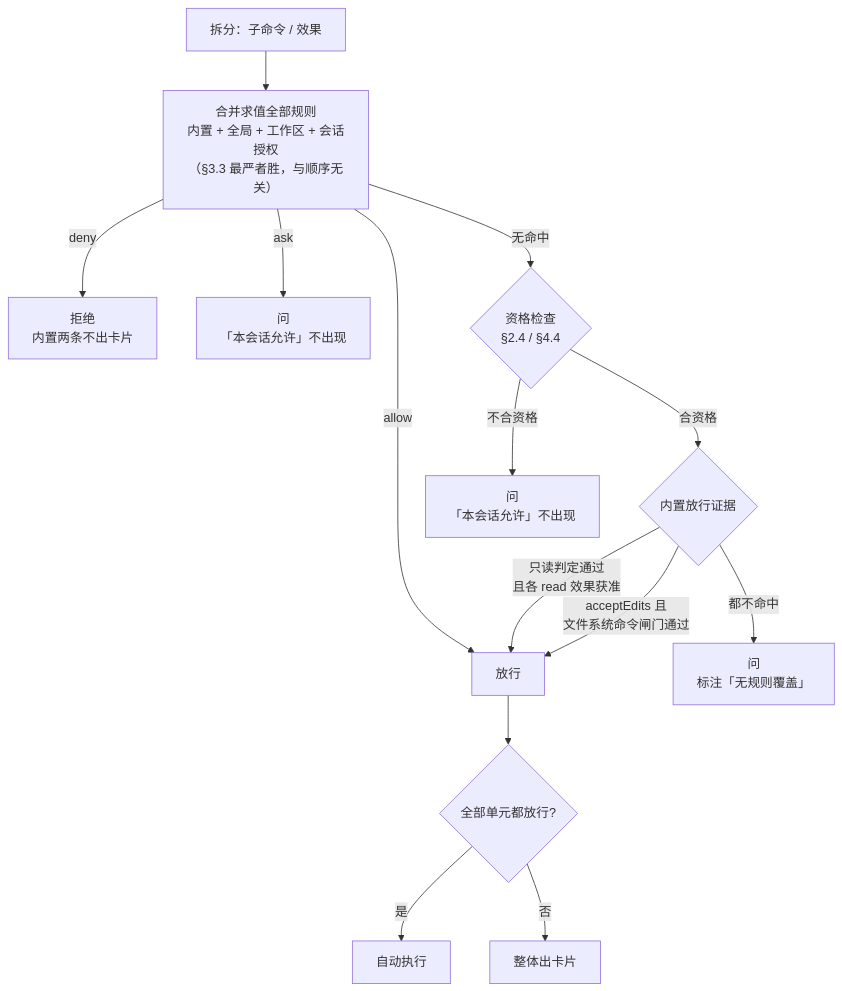
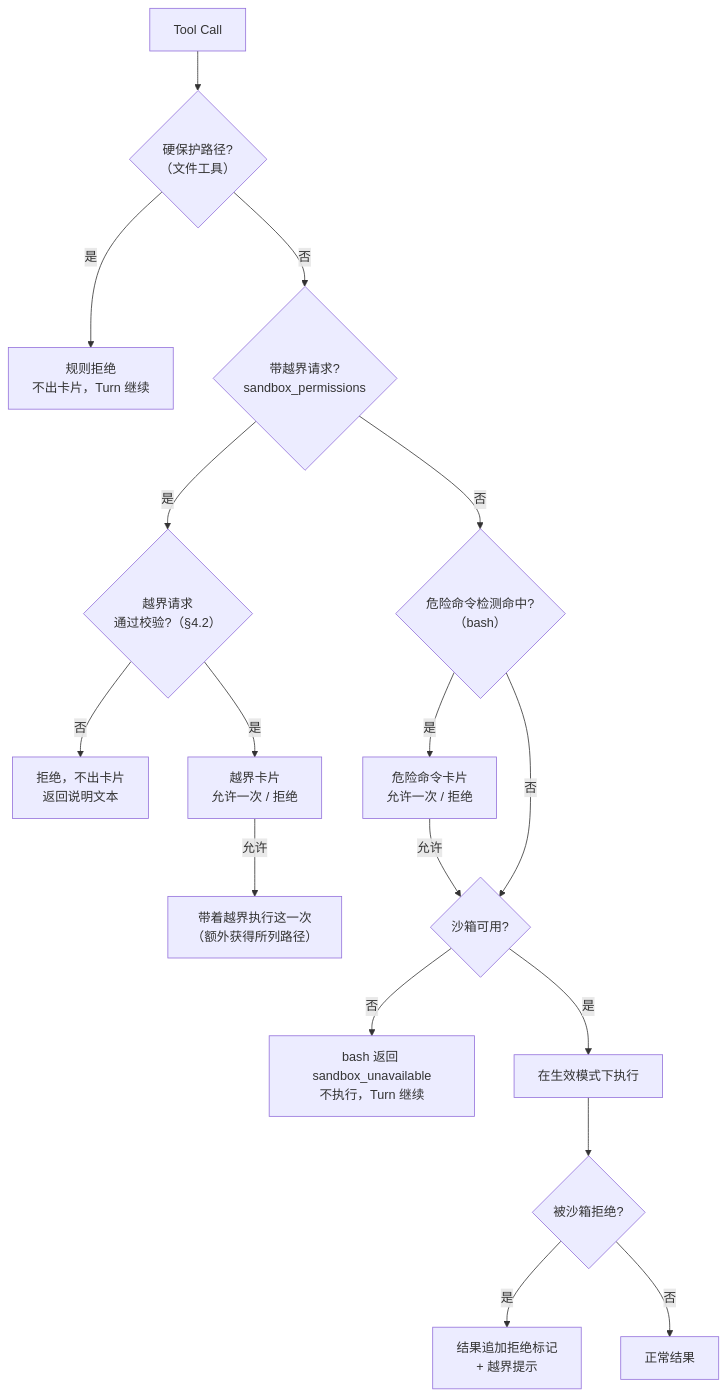
Before and after one commit to Aaron-Ben/OpenWork: the diagram in docs/permissions.md, drawn with Mermaid. The commit also changed other lines of this file and 11 other files, not shown here.

````diff
--- a/docs/permissions.md
+++ b/docs/permissions.md
@@ -432,16 +54,19 @@
 ```mermaid
 flowchart TD
-  A["拆分：子命令 / 效果"] --> B["合并求值全部规则<br/>内置 + 全局 + 工作区 + 会话授权<br/>（§3.3 最严者胜，与顺序无关）"]
-  B -- deny --> D["拒绝<br/>内置两条不出卡片"]
-  B -- ask --> E["问<br/>「本会话允许」不出现"]
-  B -- allow --> J["放行"]
-  B -- 无命中 --> F{"资格检查<br/>§2.4 / §4.4"}
-  F -- 不合资格 --> E2["问<br/>「本会话允许」不出现"]
-  F -- 合资格 --> G{"内置放行证据"}
-  G -- "只读判定通过<br/>且各 read 效果获准" --> J
-  G -- "acceptEdits 且<br/>文件系统命令闸门通过" --> J
-  G -- 都不命中 --> K["问<br/>标注「无规则覆盖」"]
-  J --> L{"全部单元都放行?"}
-  L -- 是 --> M["自动执行"]
-  L -- 否 --> N["整体出卡片"]
+  A["Tool Call"] --> B{"硬保护路径?<br/>（文件工具）"}
+  B -- 是 --> X["规则拒绝<br/>不出卡片，Turn 继续"]
+  B -- 否 --> C{"带越界请求?<br/>sandbox_permissions"}
+  C -- 是 --> D{"越界请求<br/>通过校验?（§4.2）"}
+  D -- 否 --> X2["拒绝，不出卡片<br/>返回说明文本"]
+  D -- 是 --> E["越界卡片<br/>允许一次 / 拒绝"]
+  C -- 否 --> F{"危险命令检测命中?<br/>（bash）"}
+  F -- 是 --> G["危险命令卡片<br/>允许一次 / 拒绝"]
+  F -- 否 --> H{"沙箱可用?"}
+  G -- 允许 --> H
+  H -- 否 --> I["bash 返回 sandbox_unavailable<br/>不执行，Turn 继续"]
+  H -- 是 --> J["在生效模式下执行"]
+  E -- 允许 --> J2["带着越界执行这一次<br/>（额外获得所列路径）"]
+  J --> K{"被沙箱拒绝?"}
+  K -- 是 --> L["结果追加拒绝标记<br/>+ 越界提示"]
+  K -- 否 --> M["正常结果"]
 ```
````
